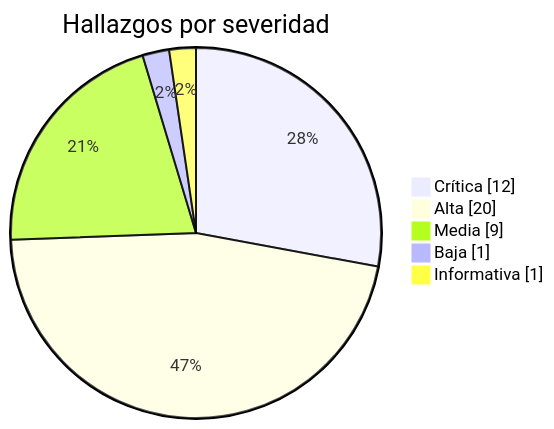
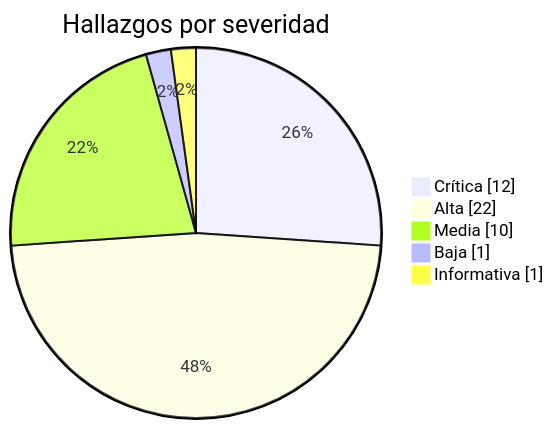
Before and after one commit to NiettoFrann/hacker-odyssey: the first of 2 diagrams in README.md, drawn with Mermaid. The commit also changed other lines of this file, not shown here.

````diff
--- a/README.md
+++ b/README.md
@@ -113,8 +114,8 @@
 ```mermaid
 pie showData title Hallazgos por severidad
     "Crítica" : 12
-    "Alta" : 20
-    "Media" : 9
+    "Alta" : 22
+    "Media" : 10
     "Baja" : 1
     "Informativa" : 1
 ```
````
